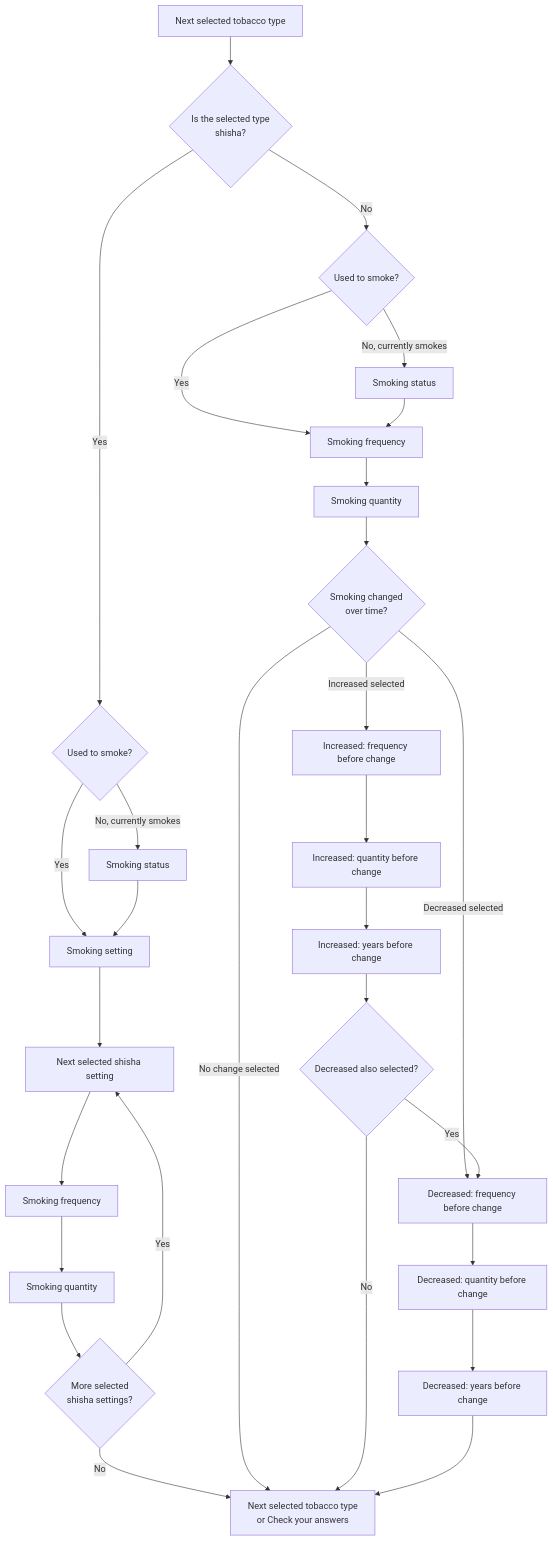
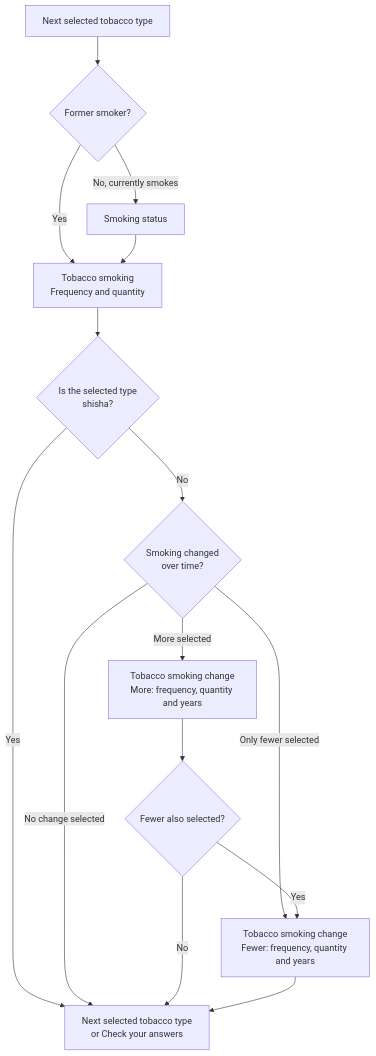
Before and after one commit to NHSDigital/prototype-lung-health-check: the second of 2 diagrams in app/prototype_v4_2/docs/question-flow.md, drawn with Mermaid. The commit also changed other lines of this file, not shown here.

````diff
--- a/app/prototype_v4_2/docs/question-flow.md
+++ b/app/prototype_v4_2/docs/question-flow.md
@@ -71,38 +67,23 @@
 ```mermaid
 flowchart TD
-  selectedType["Next selected tobacco type"] --> isShisha{"Is the selected type<br>shisha?"}
+  selectedType["Next selected tobacco type"] --> formerSmoker{"Former smoker?"}
 
-  isShisha -- Yes --> shishaPast{"Used to smoke?"}
-  shishaPast -- No, currently smokes --> shishaStatus["Smoking status"]
-  shishaPast -- Yes --> setting["Smoking setting"]
-  shishaStatus --> setting
-  setting --> selectedSetting["Next selected shisha setting"]
-  selectedSetting --> shishaFrequency["Smoking frequency"]
-  shishaFrequency --> shishaQuantity["Smoking quantity"]
-  shishaQuantity --> moreSettings{"More selected<br>shisha settings?"}
-  moreSettings -- Yes --> selectedSetting
-  moreSettings -- No --> nextTypeOrCya
+  formerSmoker -- No, currently smokes --> status["Smoking status"]
+  formerSmoker -- Yes --> tobaccoSmoking["Tobacco smoking<br>Frequency and quantity"]
+  status --> tobaccoSmoking
 
-  isShisha -- No --> past{"Used to smoke?"}
-  past -- No, currently smokes --> status["Smoking status"]
-  past -- Yes --> frequency["Smoking frequency"]
-  status --> frequency["Smoking frequency"]
-  frequency --> quantity["Smoking quantity"]
-  quantity --> changed{"Smoking changed<br>over time?"}
+  tobaccoSmoking --> isShisha{"Is the selected type<br>shisha?"}
+  isShisha -- Yes --> nextTypeOrCya
+  isShisha -- No --> changed{"Smoking changed<br>over time?"}
 
   changed -- No change selected --> nextTypeOrCya
-  changed -- Increased selected --> increasedFrequency["Increased: frequency before change"]
-  increasedFrequency --> increasedQuantity["Increased: quantity before change"]
-  increasedQuantity --> increasedYears["Increased: years before change"]
-  increasedYears --> decreasedSelected{"Decreased also selected?"}
+  changed -- More selected --> moreChange["Tobacco smoking change<br>More: frequency, quantity and years"]
+  moreChange --> fewerSelected{"Fewer also selected?"}
 
-  changed -- Decreased selected --> decreasedFrequency["Decreased: frequency before change"]
-  decreasedSelected -- Yes --> decreasedFrequency
-  decreasedSelected -- No --> nextTypeOrCya
-
-  decreasedFrequency --> decreasedQuantity["Decreased: quantity before change"]
-  decreasedQuantity --> decreasedYears["Decreased: years before change"]
-  decreasedYears --> nextTypeOrCya
+  changed -- Only fewer selected --> fewerChange["Tobacco smoking change<br>Fewer: frequency, quantity and years"]
+  fewerSelected -- Yes --> fewerChange
+  fewerSelected -- No --> nextTypeOrCya
+  fewerChange --> nextTypeOrCya
 
   nextTypeOrCya["Next selected tobacco type<br>or Check your answers"]
 ```
````
